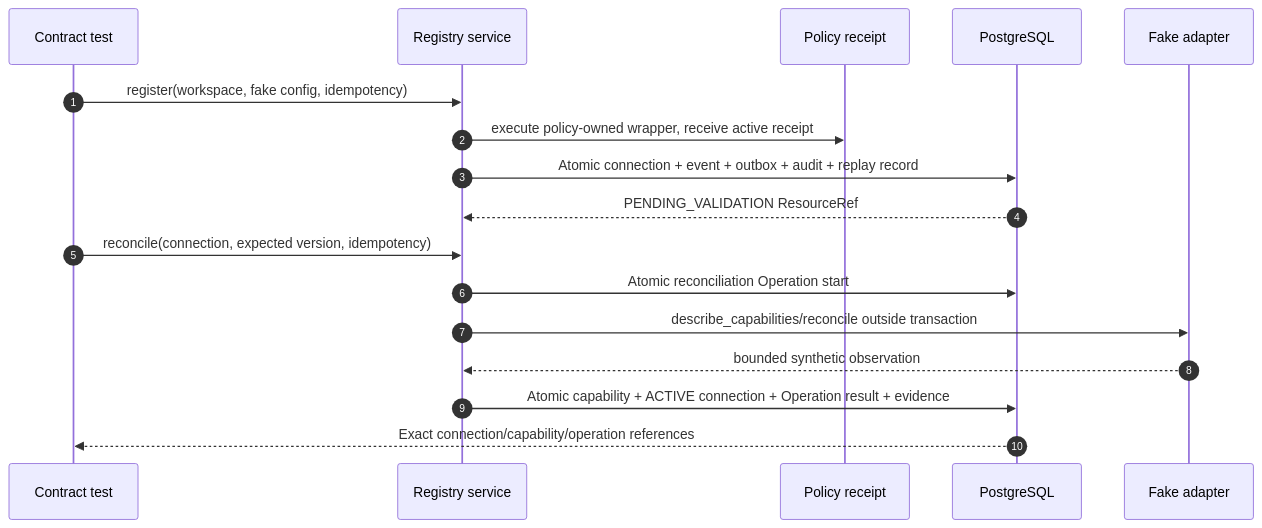
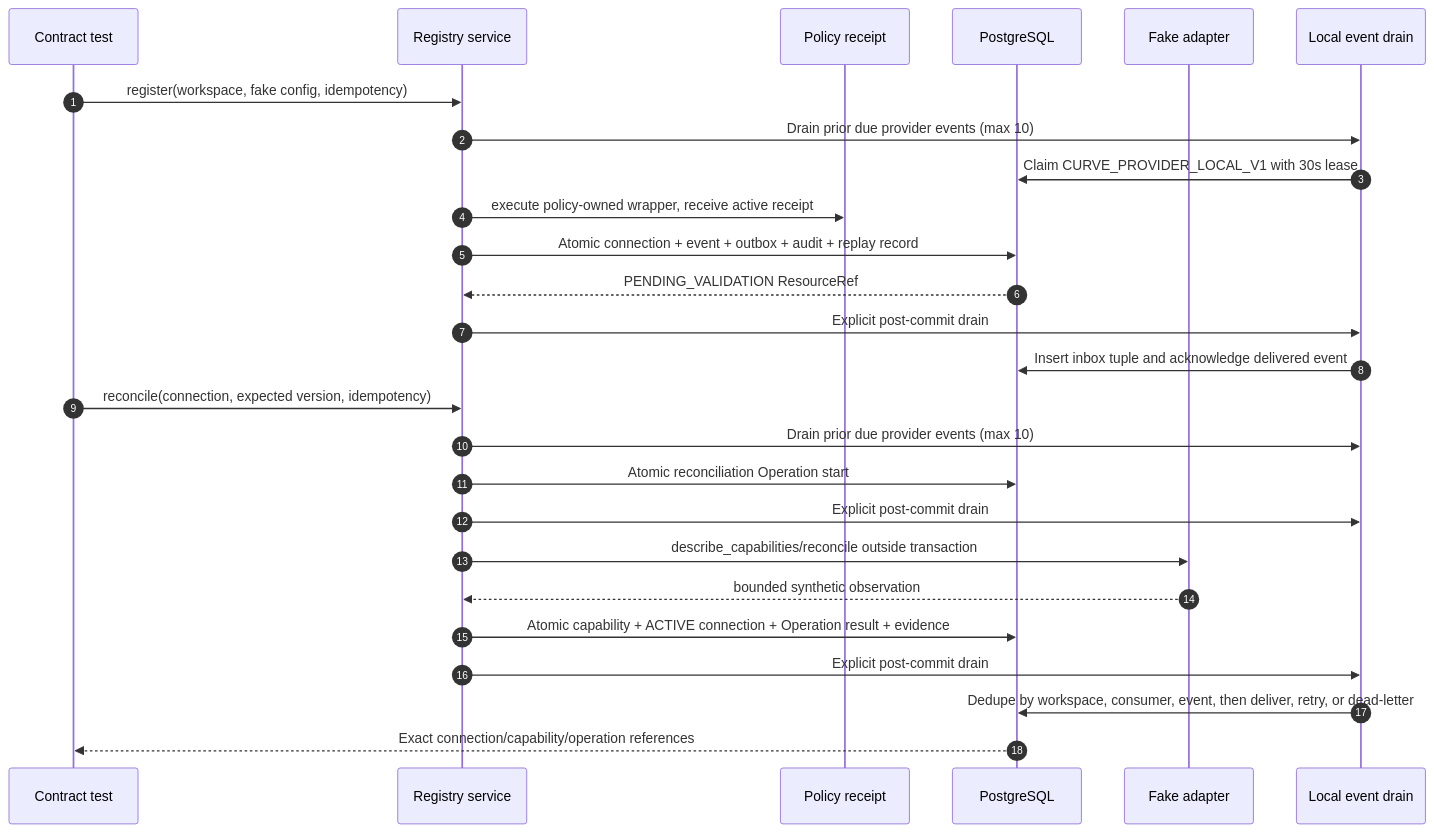
The first of 2 diagrams in docs/technical/m0-s9a-provider-registry-task-packet.md (faocampo/curve), drawn with Mermaid before and after one commit. The commit also changed other lines of this file and 15 other files, not shown here.

Commit message:
docs(curve): define local provider event delivery

````diff
--- a/docs/technical/m0-s9a-provider-registry-task-packet.md
+++ b/docs/technical/m0-s9a-provider-registry-task-packet.md
@@ -186,20 +197,29 @@
 ```mermaid
 sequenceDiagram
     autonumber
     participant T as Contract test
     participant S as Registry service
     participant P as Policy receipt
     participant DB as PostgreSQL
     participant F as Fake adapter
+    participant D as Local event drain
 
     T->>S: register(workspace, fake config, idempotency)
+    S->>D: Drain prior due provider events (max 10)
+    D->>DB: Claim CURVE_PROVIDER_LOCAL_V1 with 30s lease
     S->>P: execute policy-owned wrapper, receive active receipt
     S->>DB: Atomic connection + event + outbox + audit + replay record
     DB-->>S: PENDING_VALIDATION ResourceRef
+    S->>D: Explicit post-commit drain
+    D->>DB: Insert inbox tuple and acknowledge delivered event
     T->>S: reconcile(connection, expected version, idempotency)
+    S->>D: Drain prior due provider events (max 10)
     S->>DB: Atomic reconciliation Operation start
+    S->>D: Explicit post-commit drain
     S->>F: describe_capabilities/reconcile outside transaction
     F-->>S: bounded synthetic observation
     S->>DB: Atomic capability + ACTIVE connection + Operation result + evidence
+    S->>D: Explicit post-commit drain
+    D->>DB: Dedupe by workspace, consumer, event, then deliver, retry, or dead-letter
     DB-->>T: Exact connection/capability/operation references
 ```
````
